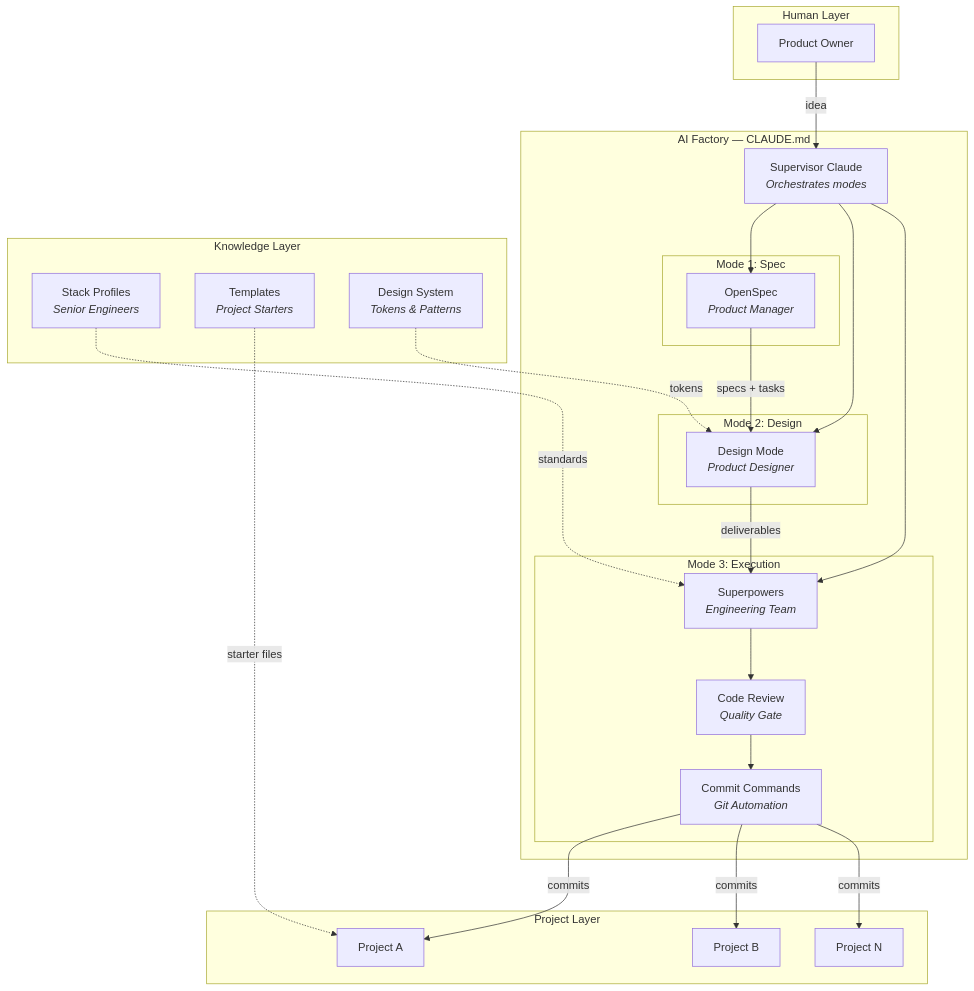
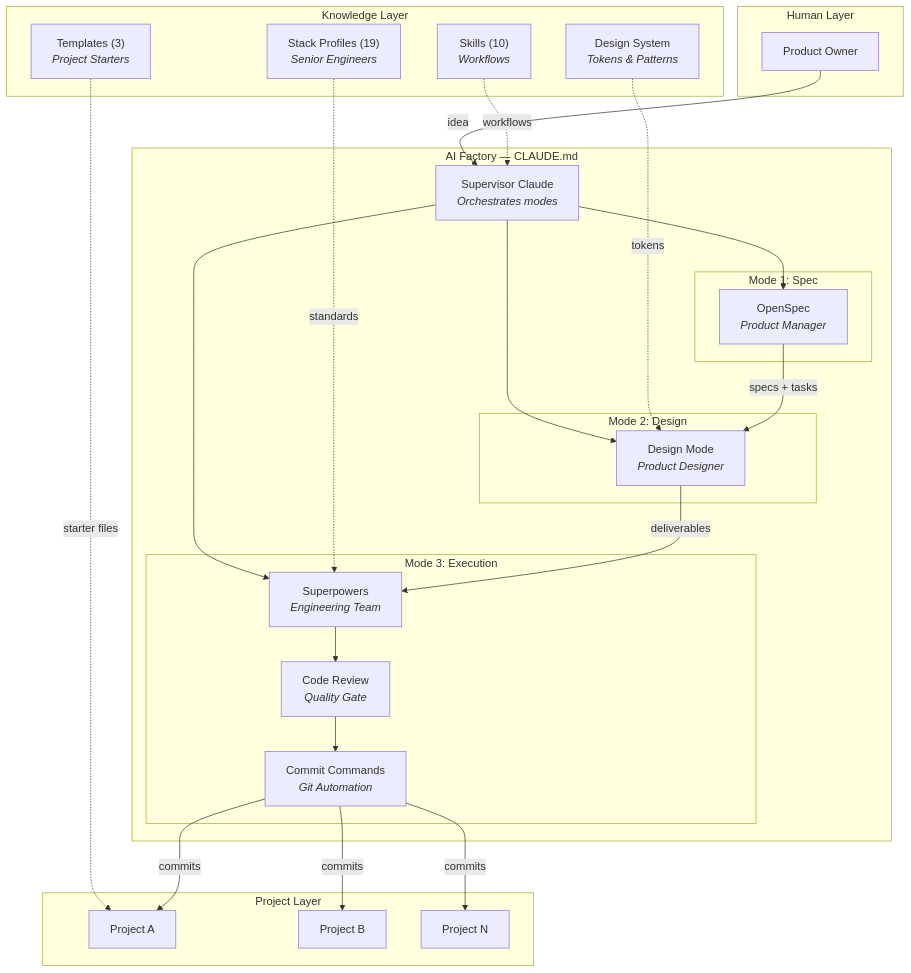
Before and after one commit to gregario/AI-Factory: the first of 2 diagrams in README.md, drawn with Mermaid. The commit also changed other lines of this file, not shown here.

First line of the commit message:
docs: update README with all Bucket 1/2 deliverables and stack anthology

````diff
--- a/README.md
+++ b/README.md
@@ -19,53 +19,55 @@
 ```mermaid
 graph TB
     subgraph "Human Layer"
         PO["Product Owner"]
     end
 
     subgraph "AI Factory — CLAUDE.md"
         SUP["Supervisor Claude<br/><i>Orchestrates modes</i>"]
 
         subgraph "Mode 1: Spec"
             OS["OpenSpec<br/><i>Product Manager</i>"]
         end
 
         subgraph "Mode 2: Design"
             DM["Design Mode<br/><i>Product Designer</i>"]
         end
 
         subgraph "Mode 3: Execution"
             SP["Superpowers<br/><i>Engineering Team</i>"]
             CR["Code Review<br/><i>Quality Gate</i>"]
             CC["Commit Commands<br/><i>Git Automation</i>"]
         end
     end
 
     subgraph "Knowledge Layer"
-        ST["Stack Profiles<br/><i>Senior Engineers</i>"]
-        TM["Templates<br/><i>Project Starters</i>"]
+        ST["Stack Profiles (19)<br/><i>Senior Engineers</i>"]
+        SK["Skills (10)<br/><i>Workflows</i>"]
+        TM["Templates (3)<br/><i>Project Starters</i>"]
         DS["Design System<br/><i>Tokens & Patterns</i>"]
     end
 
     subgraph "Project Layer"
         P1["Project A"]
         P2["Project B"]
         P3["Project N"]
     end
 
     PO -->|"idea"| SUP
     SUP --> OS
     SUP --> DM
     SUP --> SP
     SP --> CR
     CR --> CC
 
     ST -.->|"standards"| SP
+    SK -.->|"workflows"| SUP
     TM -.->|"starter files"| P1
     DS -.->|"tokens"| DM
 
     OS -->|"specs + tasks"| DM
     DM -->|"deliverables"| SP
     CC -->|"commits"| P1
     CC -->|"commits"| P2
     CC -->|"commits"| P3
 ```
````
